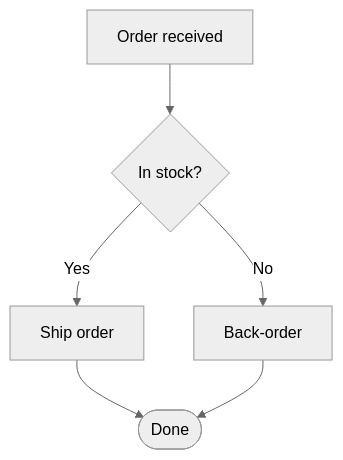
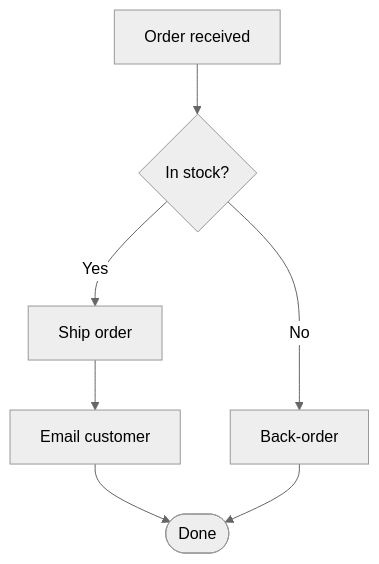
One commit to muirjc/arch_as_code changed the diagram in architecture/diagrams/sample-order-flow/sample-order-flow.mmd. Above: the diagram before and after it, drawn with Mermaid (neutral theme). The commit also changed 4 other files, not shown here.

First line of the commit message:
Submit "Sample Order Flow" (version 3) from Canvas

```diff
--- a/architecture/diagrams/sample-order-flow/sample-order-flow.mmd
+++ b/architecture/diagrams/sample-order-flow/sample-order-flow.mmd
@@ -1,6 +1,7 @@
 flowchart TD
   order[Order received] --> check{In stock?}
   check -->|Yes| ship[Ship order]
   check -->|No| backorder[Back-order]
-  ship --> done([Done])
+  ship --> notify[Email customer]
+  notify --> done([Done])
   backorder --> done
```
